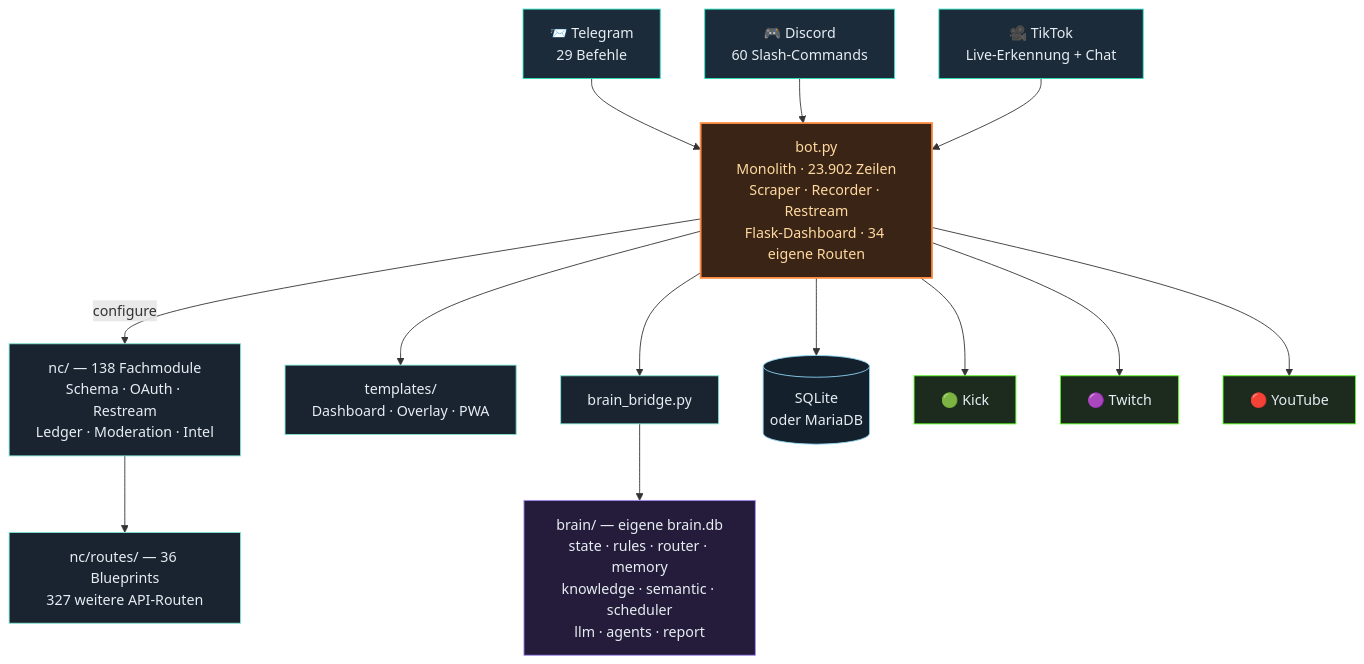
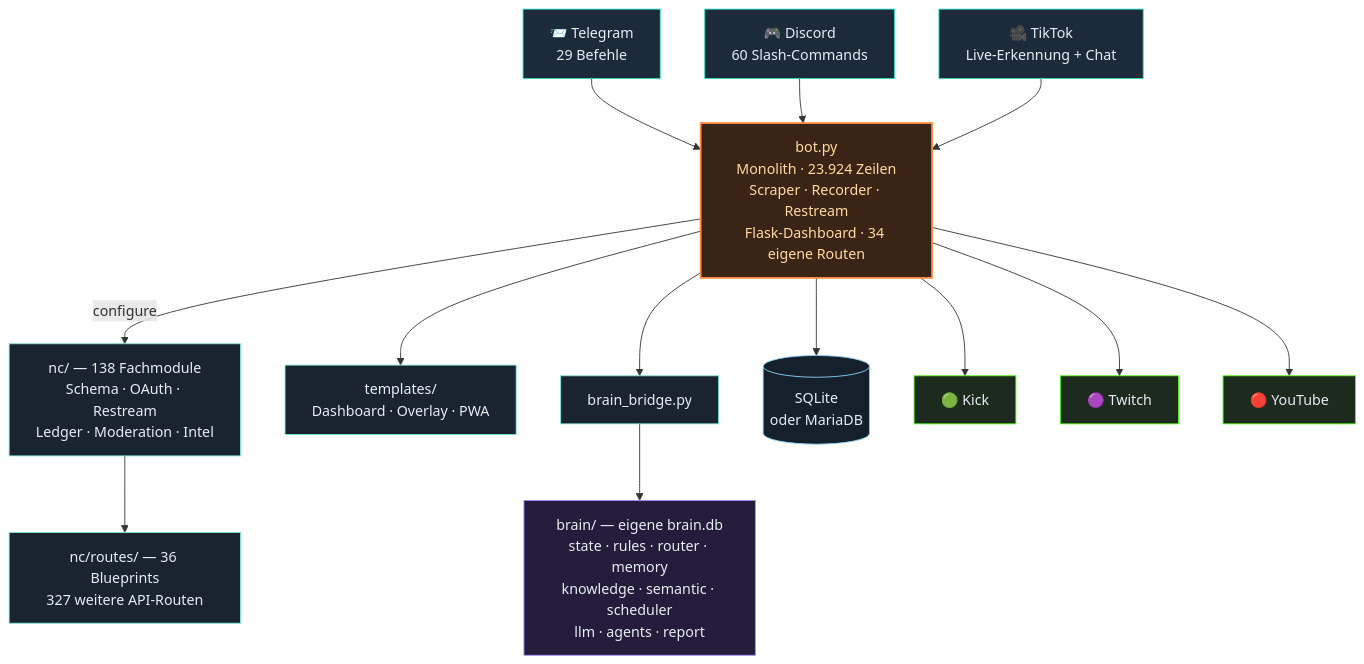
Before and after one commit to itsamemedev/Telegram-Stream-Info-Bot: the third of 4 diagrams in README.md, drawn with Mermaid. The commit also changed other lines of this file and 8 other files, not shown here.

````diff
--- a/README.md
+++ b/README.md
@@ -189,30 +189,30 @@
 ```mermaid
 flowchart TB
     TG["📨 Telegram<br/>29 Befehle"]:::ein
     DC["🎮 Discord<br/>60 Slash-Commands"]:::ein
     TT["🎥 TikTok<br/>Live-Erkennung + Chat"]:::ein
 
     TG --> BOT
     DC --> BOT
     TT --> BOT
 
-    BOT["bot.py<br/>Monolith · 23.902 Zeilen<br/>Scraper · Recorder · Restream<br/>Flask-Dashboard · 34 eigene Routen"]:::core
+    BOT["bot.py<br/>Monolith · 23.924 Zeilen<br/>Scraper · Recorder · Restream<br/>Flask-Dashboard · 34 eigene Routen"]:::core
 
     BOT -->|configure| NC["nc/ — 138 Fachmodule<br/>Schema · OAuth · Restream<br/>Ledger · Moderation · Intel"]:::lib
     NC --> RT["nc/routes/ — 36 Blueprints<br/>327 weitere API-Routen"]:::lib
     BOT --> TPL["templates/<br/>Dashboard · Overlay · PWA"]:::lib
     BOT --> BR["brain_bridge.py"]:::lib
     BR --> BRAIN["brain/ — eigene brain.db<br/>state · rules · router · memory<br/>knowledge · semantic · scheduler<br/>llm · agents · report"]:::brain
     BOT --> DB[("SQLite<br/>oder MariaDB")]:::db
 
     BOT --> KICK["🟢 Kick"]:::out
     BOT --> TW["🟣 Twitch"]:::out
     BOT --> YT["🔴 YouTube"]:::out
 
     classDef ein fill:#1c2b3a,stroke:#2de1c2,color:#e6edf3
     classDef core fill:#3a2415,stroke:#ff8c42,stroke-width:2px,color:#ffd9a0
     classDef lib fill:#1a2430,stroke:#7fe7d4,color:#e6edf3
     classDef brain fill:#241c3a,stroke:#a78bfa,color:#e6edf3
     classDef db fill:#14202c,stroke:#8fd3f4,color:#e6edf3
     classDef out fill:#1c2b1e,stroke:#53fc18,color:#e6edf3
 ```
````
